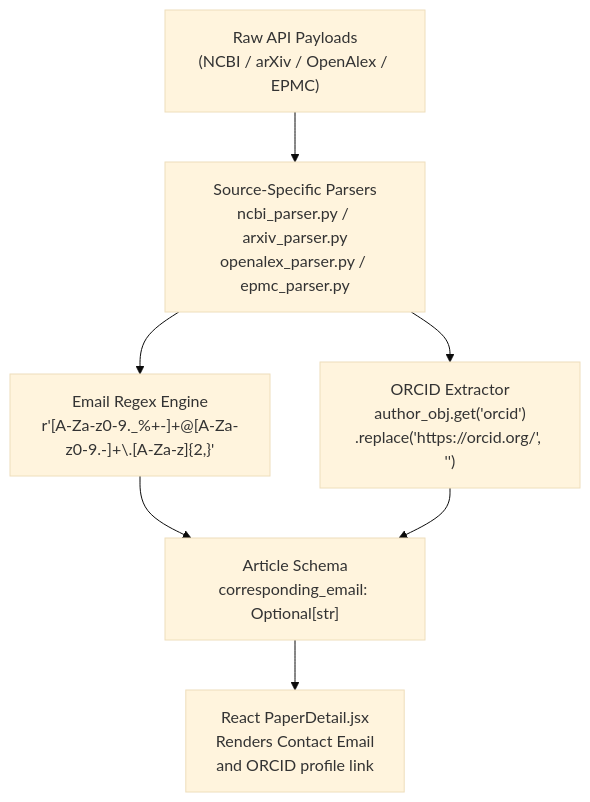
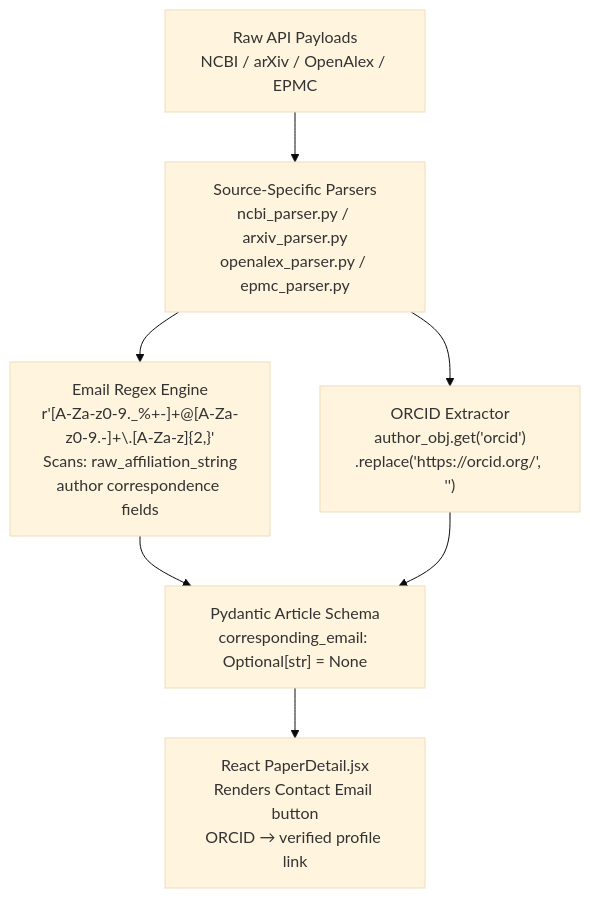
The seventh of 11 diagrams in SYSTEM_ARCHITECTURE_DEEP_DIVE.md (CodeWithPritom/ScholarHub-frontend), drawn with Mermaid (base theme) before and after one commit. The commit also changed other lines of this file and 13 other files, not shown here.

````diff
--- a/SYSTEM_ARCHITECTURE_DEEP_DIVE.md
+++ b/SYSTEM_ARCHITECTURE_DEEP_DIVE.md
@@ -213,12 +324,12 @@
 ```mermaid
 flowchart TD
-    APIs["Raw API Payloads\n(NCBI / arXiv / OpenAlex / EPMC)"] --> Parsers["Source-Specific Parsers\nncbi_parser.py / arxiv_parser.py\nopenalex_parser.py / epmc_parser.py"]
+    APIs["Raw API Payloads\nNCBI / arXiv / OpenAlex / EPMC"] --> Parsers["Source-Specific Parsers\nncbi_parser.py / arxiv_parser.py\nopenalex_parser.py / epmc_parser.py"]
 
-    Parsers --> EmailRx["Email Regex Engine\nr'[A-Za-z0-9._%+-]+@[A-Za-z0-9.-]+\.[A-Za-z]{2,}'"]
+    Parsers --> EmailRx["Email Regex Engine\nr'[A-Za-z0-9._%+-]+@[A-Za-z0-9.-]+\.[A-Za-z]{2,}'\nScans: raw_affiliation_string\nauthor correspondence fields"]
     Parsers --> OrcidEx["ORCID Extractor\nauthor_obj.get('orcid')\n.replace('https://orcid.org/', '')"]
 
-    EmailRx --> Schema["Article Schema\ncorresponding_email: Optional[str]"]
+    EmailRx --> Schema["Pydantic Article Schema\ncorresponding_email: Optional[str] = None"]
     OrcidEx --> Schema
 
-    Schema --> Frontend["React PaperDetail.jsx\nRenders Contact Email\nand ORCID profile link"]
+    Schema --> Frontend["React PaperDetail.jsx\nRenders Contact Email button\nORCID → verified profile link"]
 ```
````
